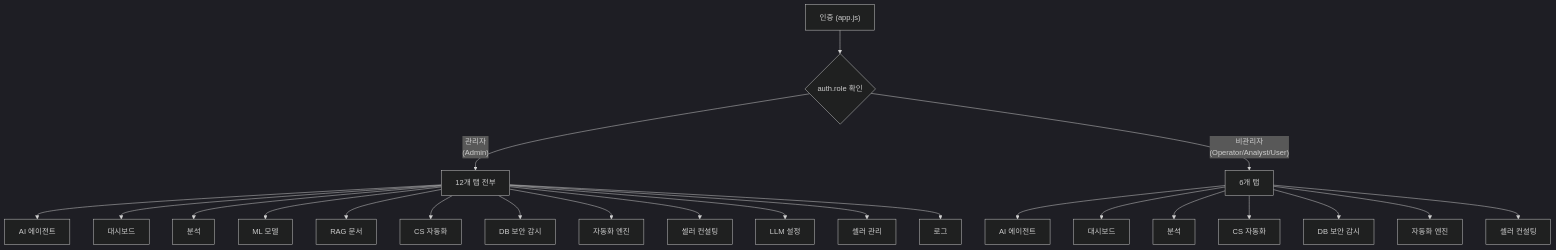
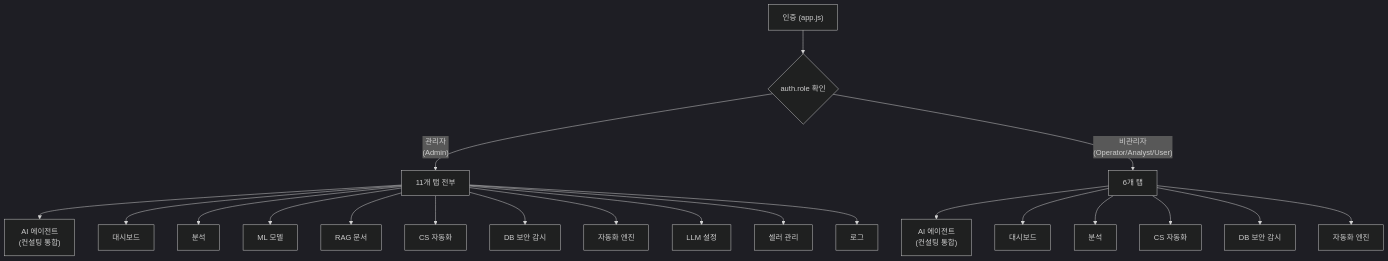
Before and after one commit to ASNGG/cafe24-demo: the second of 15 diagrams in nextjs/README.md, drawn with Mermaid (dark theme). The commit also changed other lines of this file and 14 other files, not shown here.

First line of the commit message:
feat: 셀러 컨설팅 AI 에이전트 탭 통합 + 자유 대화 루프 + 자동 라우팅

````diff
--- a/nextjs/README.md
+++ b/nextjs/README.md
@@ -214,27 +214,25 @@
 ```mermaid
 graph TD
     Auth["인증 (app.js)"] --> Role{"auth.role 확인"}
-    Role -->|"관리자<br/>(Admin)"| Admin["12개 탭 전부"]
+    Role -->|"관리자<br/>(Admin)"| Admin["11개 탭 전부"]
     Role -->|"비관리자<br/>(Operator/Analyst/User)"| User["6개 탭"]
 
-    Admin --> A1["AI 에이전트"]
+    Admin --> A1["AI 에이전트<br/>(컨설팅 통합)"]
     Admin --> A2["대시보드"]
     Admin --> A3["분석"]
     Admin --> A4["ML 모델"]
     Admin --> A5["RAG 문서"]
     Admin --> A6["CS 자동화"]
     Admin --> A7["DB 보안 감시"]
     Admin --> A8["자동화 엔진"]
-    Admin --> A9["셀러 컨설팅"]
-    Admin --> A10["LLM 설정"]
-    Admin --> A11["셀러 관리"]
-    Admin --> A12["로그"]
+    Admin --> A9["LLM 설정"]
+    Admin --> A10["셀러 관리"]
+    Admin --> A11["로그"]
 
-    User --> U1["AI 에이전트"]
+    User --> U1["AI 에이전트<br/>(컨설팅 통합)"]
     User --> U2["대시보드"]
     User --> U3["분석"]
     User --> U4["CS 자동화"]
     User --> U5["DB 보안 감시"]
     User --> U6["자동화 엔진"]
-    User --> U7["셀러 컨설팅"]
 ```
````
